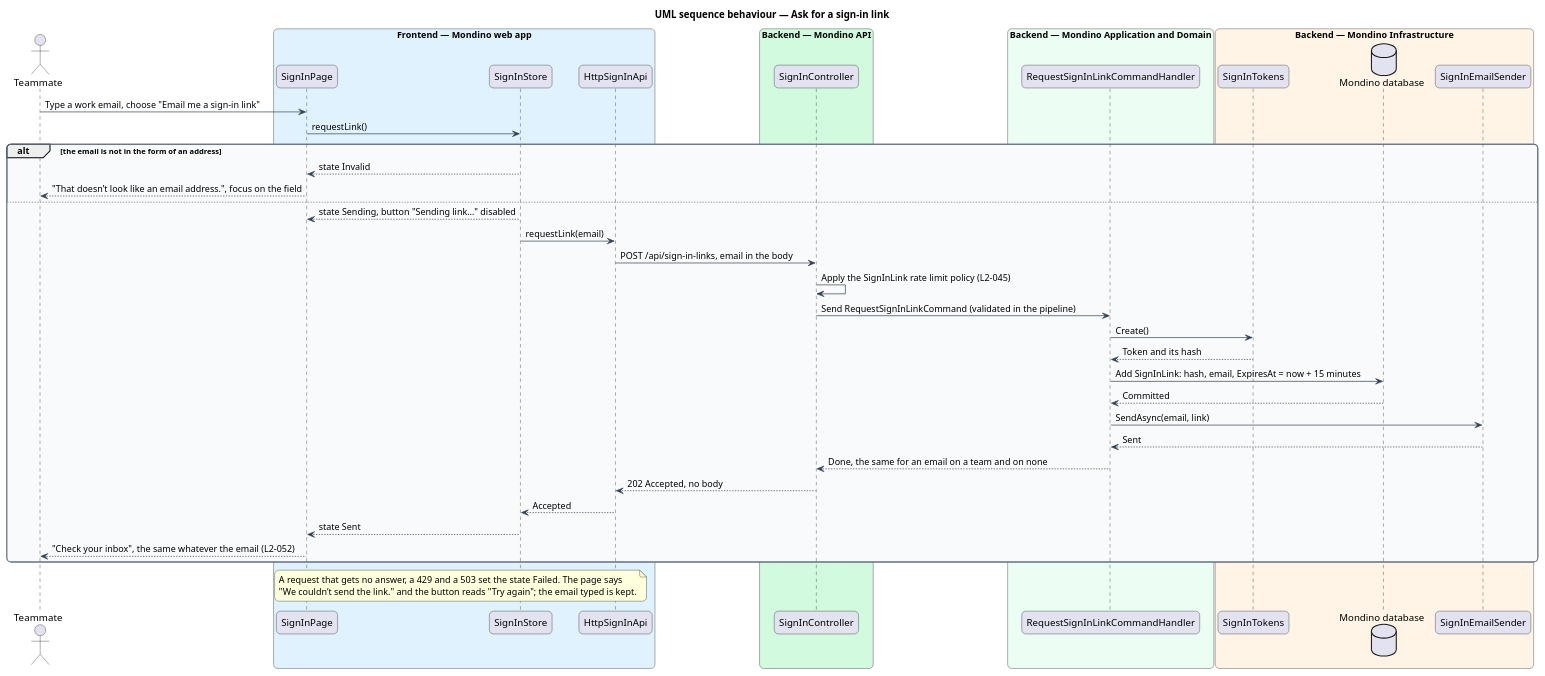
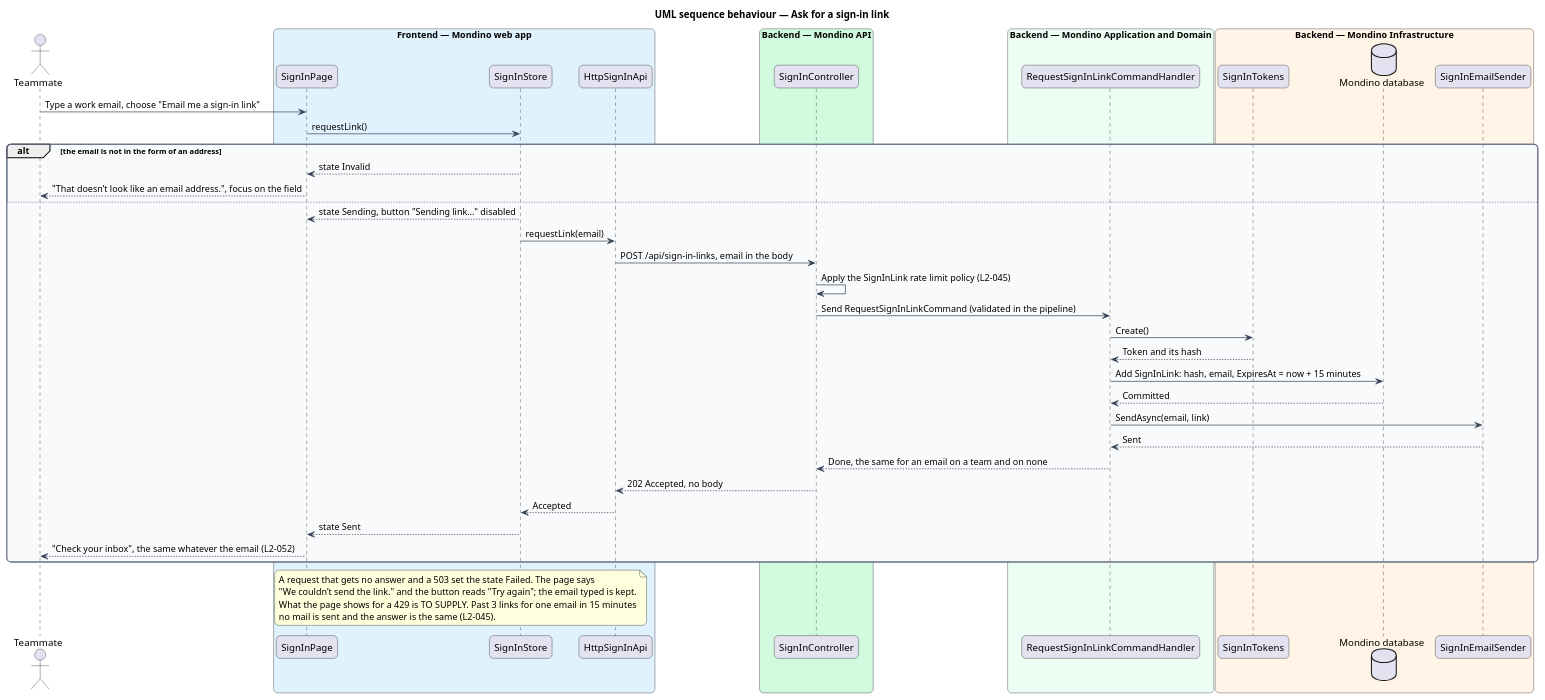
One commit to QuinntyneBrown/Mondino changed the diagram in docs/detailed-designs/joining/sign-in/diagrams/sequence-request-sign-in-link.puml. Above: the diagram before and after it, drawn with PlantUML. The commit also changed 10 other files, not shown here.

```diff
--- a/docs/detailed-designs/joining/sign-in/diagrams/sequence-request-sign-in-link.puml
+++ b/docs/detailed-designs/joining/sign-in/diagrams/sequence-request-sign-in-link.puml
@@ -1,62 +1,64 @@
 @startuml
 title UML sequence behaviour — Ask for a sign-in link
 skinparam backgroundColor #FFFFFF
 skinparam shadowing false
 skinparam roundcorner 12
 skinparam defaultFontName Arial
 skinparam ArrowColor #344054
 skinparam rectangle {
   BorderColor #344054
   FontColor #101828
 }
 skinparam package {
   BorderColor #667085
   FontColor #101828
   BackgroundColor #F9FAFB
 }
 
 actor "Teammate" as actor
 box "Frontend — Mondino web app" #E0F2FE
   participant "SignInPage" as page
   participant "SignInStore" as store
   participant "HttpSignInApi" as client
 end box
 box "Backend — Mondino API" #D1FADF
   participant "SignInController" as controller
 end box
 box "Backend — Mondino Application and Domain" #ECFDF3
   participant "RequestSignInLinkCommandHandler" as handler
 end box
 box "Backend — Mondino Infrastructure" #FFF4E5
   participant "SignInTokens" as tokens
   database "Mondino database" as db
   participant "SignInEmailSender" as sender
 end box
 actor -> page : Type a work email, choose "Email me a sign-in link"
 page -> store : requestLink()
 alt the email is not in the form of an address
   store --> page : state Invalid
   page --> actor : "That doesn’t look like an email address.", focus on the field
 else
   store --> page : state Sending, button "Sending link…" disabled
   store -> client : requestLink(email)
   client -> controller : POST /api/sign-in-links, email in the body
   controller -> controller : Apply the SignInLink rate limit policy (L2-045)
   controller -> handler : Send RequestSignInLinkCommand (validated in the pipeline)
   handler -> tokens : Create()
   tokens --> handler : Token and its hash
   handler -> db : Add SignInLink: hash, email, ExpiresAt = now + 15 minutes
   db --> handler : Committed
   handler -> sender : SendAsync(email, link)
   sender --> handler : Sent
   handler --> controller : Done, the same for an email on a team and on none
   controller --> client : 202 Accepted, no body
   client --> store : Accepted
   store --> page : state Sent
   page --> actor : "Check your inbox", the same whatever the email (L2-052)
 end
 note over page, client
-  A request that gets no answer, a 429 and a 503 set the state Failed. The page says
+  A request that gets no answer and a 503 set the state Failed. The page says
   "We couldn’t send the link." and the button reads "Try again"; the email typed is kept.
+  What the page shows for a 429 is TO SUPPLY. Past 3 links for one email in 15 minutes
+  no mail is sent and the answer is the same (L2-045).
 end note
 @enduml
```
